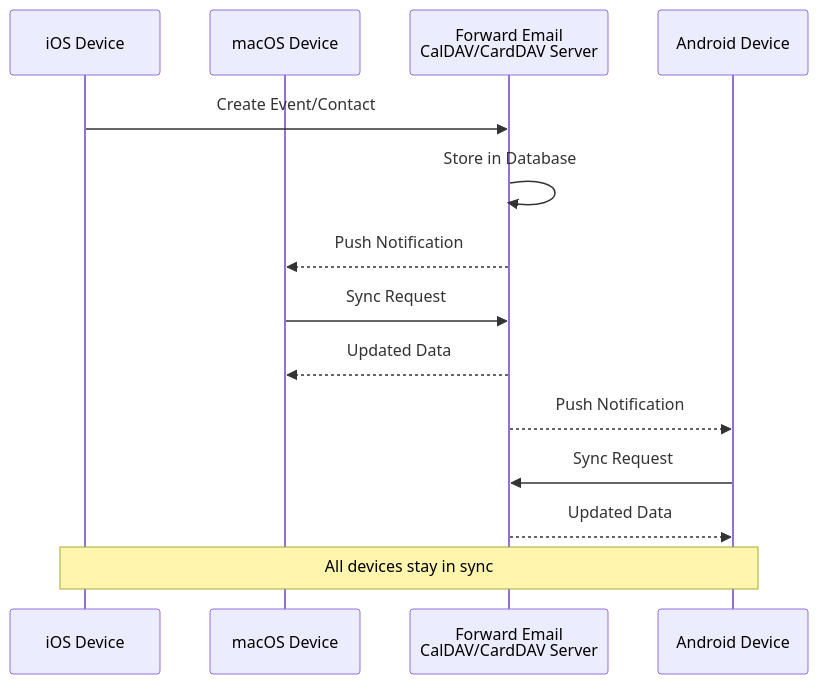
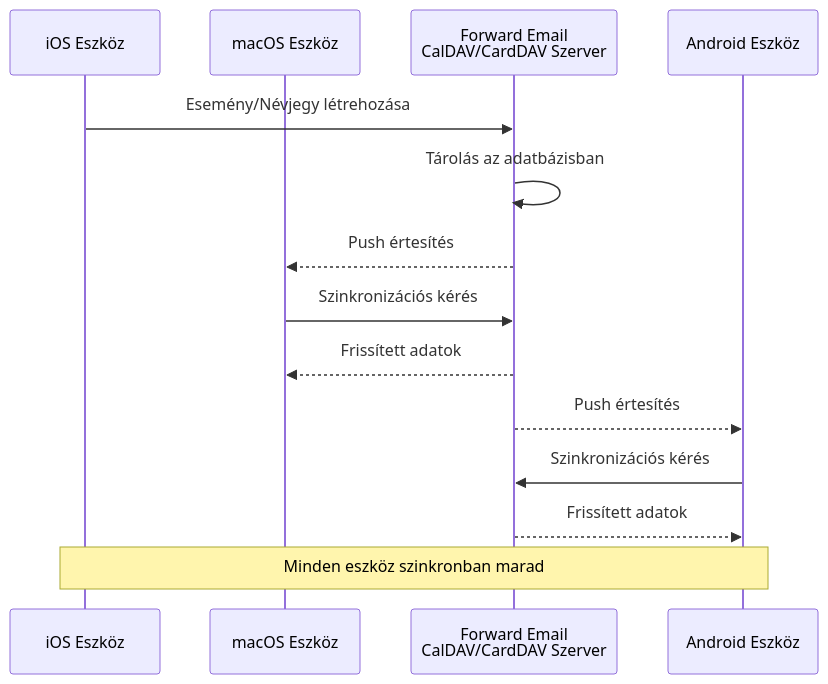
Before and after one commit to forwardemail/forwardemail.net: the eighth of 16 diagrams in app/views/docs/email-protocols-rfc-compliance-imap-smtp-pop3-comparison/index-hu.md, drawn with Mermaid. The commit also changed other lines of this file and 1055 other files, not shown here.

````diff
--- a/app/views/docs/email-protocols-rfc-compliance-imap-smtp-pop3-comparison/index-hu.md
+++ b/app/views/docs/email-protocols-rfc-compliance-imap-smtp-pop3-comparison/index-hu.md
@@ -1070,18 +1063,18 @@
 ```mermaid
 sequenceDiagram
-    participant iOS as iOS Device
-    participant Mac as macOS Device
-    participant FE as Forward Email<br/>CalDAV/CardDAV Server
-    participant Android as Android Device
+    participant iOS as iOS Eszköz
+    participant Mac as macOS Eszköz
+    participant FE as Forward Email<br/>CalDAV/CardDAV Szerver
+    participant Android as Android Eszköz
 
-    iOS->>FE: Create Event/Contact
-    FE->>FE: Store in Database
-    FE-->>Mac: Push Notification
-    Mac->>FE: Sync Request
-    FE-->>Mac: Updated Data
-    FE-->>Android: Push Notification
-    Android->>FE: Sync Request
-    FE-->>Android: Updated Data
+    iOS->>FE: Esemény/Névjegy létrehozása
+    FE->>FE: Tárolás az adatbázisban
+    FE-->>Mac: Push értesítés
+    Mac->>FE: Szinkronizációs kérés
+    FE-->>Mac: Frissített adatok
+    FE-->>Android: Push értesítés
+    Android->>FE: Szinkronizációs kérés
+    FE-->>Android: Frissített adatok
 
-    Note over iOS,Android: All devices stay in sync
+    Note over iOS,Android: Minden eszköz szinkronban marad
 ```
````
